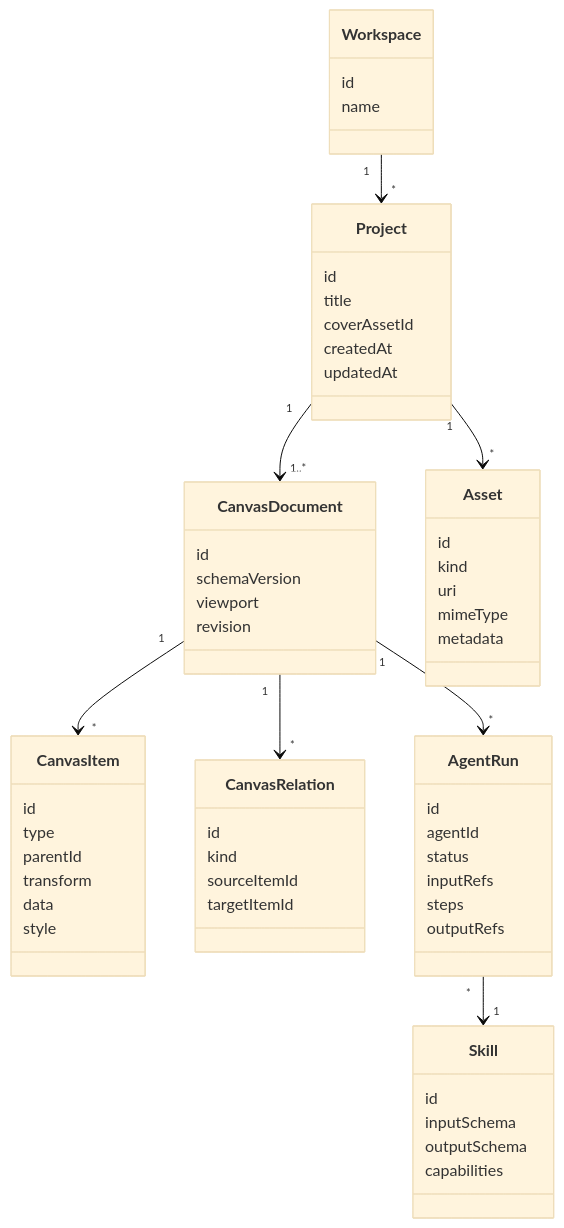
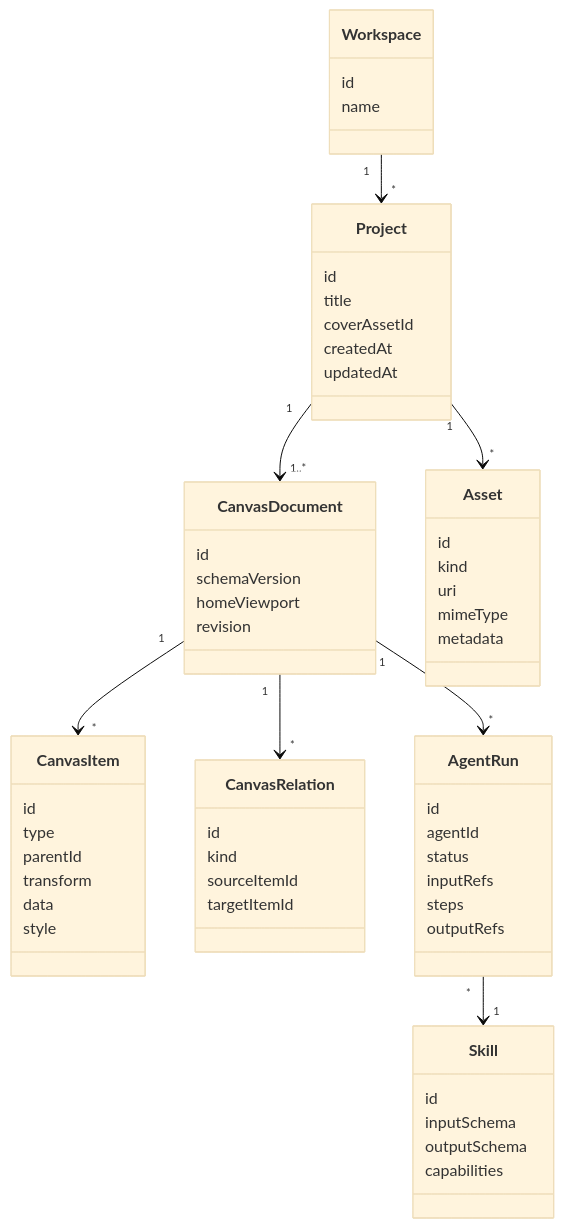
One commit to fengwk/kk-studio changed the second of 2 diagrams in docs/product-design/infinite-canvas-prototype.md. Above: the diagram before and after it, drawn with Mermaid (base theme). The commit also changed other lines of this file and 2 other files, not shown here.

````diff
--- a/docs/product-design/infinite-canvas-prototype.md
+++ b/docs/product-design/infinite-canvas-prototype.md
@@ -100,63 +102,63 @@
 ```mermaid
 classDiagram
     class Workspace {
       id
       name
     }
     class Project {
       id
       title
       coverAssetId
       createdAt
       updatedAt
     }
     class CanvasDocument {
       id
       schemaVersion
-      viewport
+      homeViewport
       revision
     }
     class CanvasItem {
       id
       type
       parentId
       transform
       data
       style
     }
     class CanvasRelation {
       id
       kind
       sourceItemId
       targetItemId
     }
     class Asset {
       id
       kind
       uri
       mimeType
       metadata
     }
     class AgentRun {
       id
       agentId
       status
       inputRefs
       steps
       outputRefs
     }
     class Skill {
       id
       inputSchema
       outputSchema
       capabilities
     }
 
     Workspace "1" --> "*" Project
     Project "1" --> "1..*" CanvasDocument
     Project "1" --> "*" Asset
     CanvasDocument "1" --> "*" CanvasItem
     CanvasDocument "1" --> "*" CanvasRelation
     CanvasDocument "1" --> "*" AgentRun
     AgentRun "*" --> "1" Skill
 ```
````
